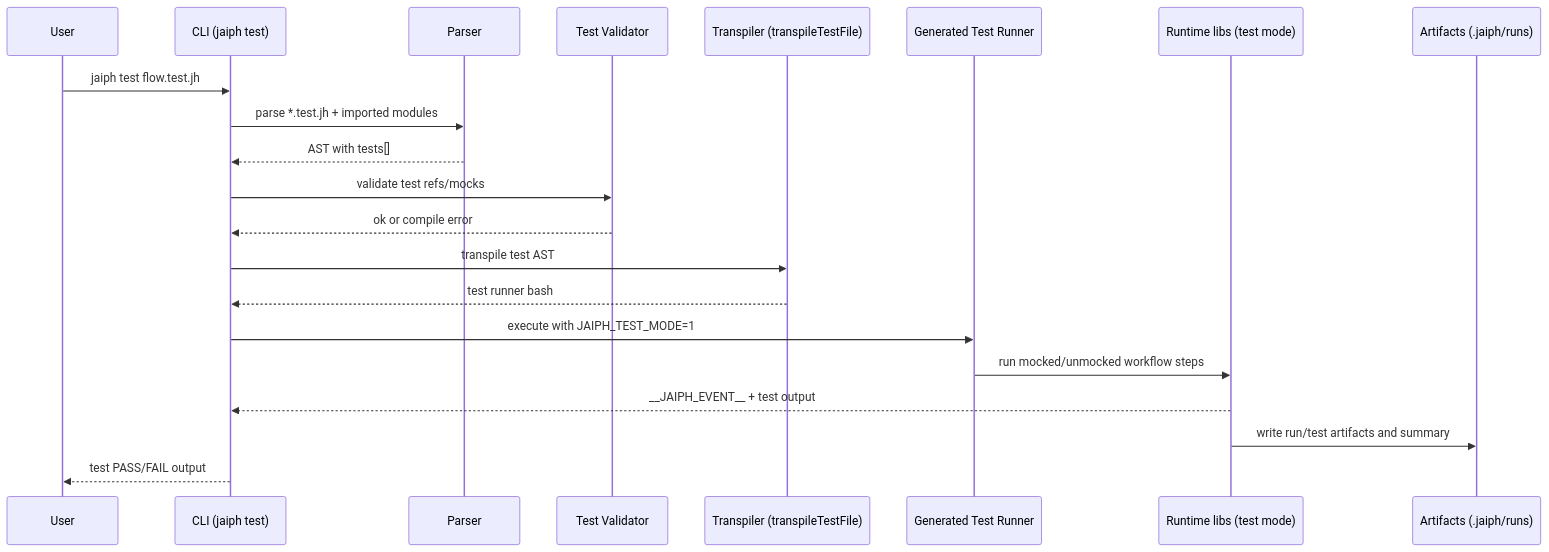
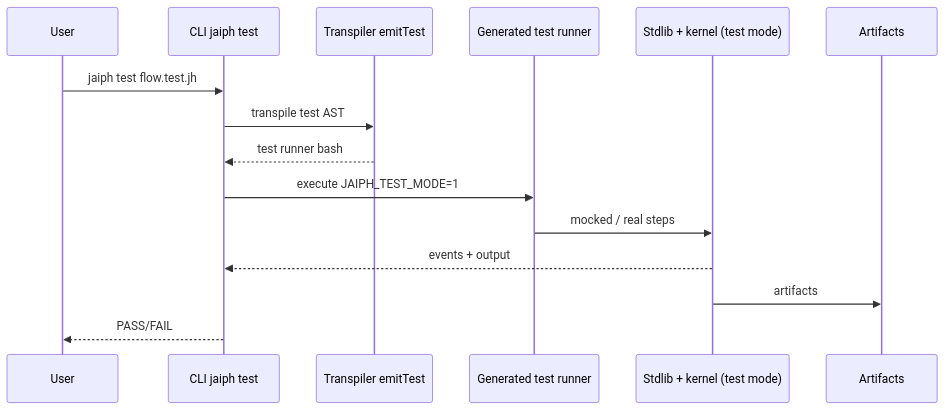
Before and after one commit to jaiphlang/jaiph: the third of 3 diagrams in ARCHITECTURE.md, drawn with Mermaid. The commit also changed other lines of this file and 27 other files, not shown here.

First line of the commit message:
Feat: move workflow launch into kernel and add Jaiph source-map diagnostics

````diff
--- a/ARCHITECTURE.md
+++ b/ARCHITECTURE.md
@@ -201,24 +158,18 @@
 ```mermaid
 sequenceDiagram
     participant User
-    participant CLI as CLI (jaiph test)
-    participant Parser as Parser
-    participant Validator as Test Validator
-    participant Transpiler as Transpiler (transpileTestFile)
-    participant TestBash as Generated Test Runner
-    participant Runtime as Runtime libs (test mode)
-    participant Report as Artifacts (.jaiph/runs)
+    participant CLI as CLI jaiph test
+    participant Transpiler as Transpiler emitTest
+    participant TestBash as Generated test runner
+    participant Runtime as Stdlib + kernel (test mode)
+    participant Report as Artifacts
 
     User->>CLI: jaiph test flow.test.jh
-    CLI->>Parser: parse *.test.jh + imported modules
-    Parser-->>CLI: AST with tests[]
-    CLI->>Validator: validate test refs/mocks
-    Validator-->>CLI: ok or compile error
     CLI->>Transpiler: transpile test AST
     Transpiler-->>CLI: test runner bash
-    CLI->>TestBash: execute with JAIPH_TEST_MODE=1
-    TestBash->>Runtime: run mocked/unmocked workflow steps
-    Runtime-->>CLI: __JAIPH_EVENT__ + test output
-    Runtime->>Report: write run/test artifacts and summary
-    CLI-->>User: test PASS/FAIL output
+    CLI->>TestBash: execute JAIPH_TEST_MODE=1
+    TestBash->>Runtime: mocked / real steps
+    Runtime-->>CLI: events + output
+    Runtime->>Report: artifacts
+    CLI-->>User: PASS/FAIL
 ```
````
